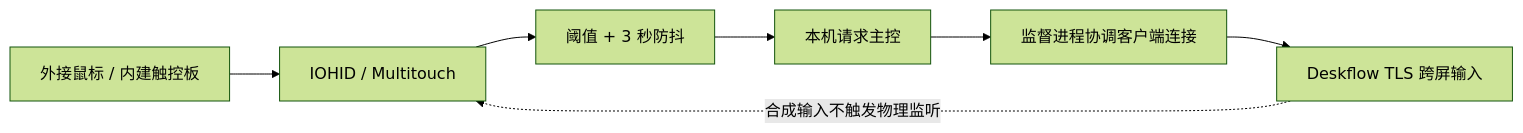
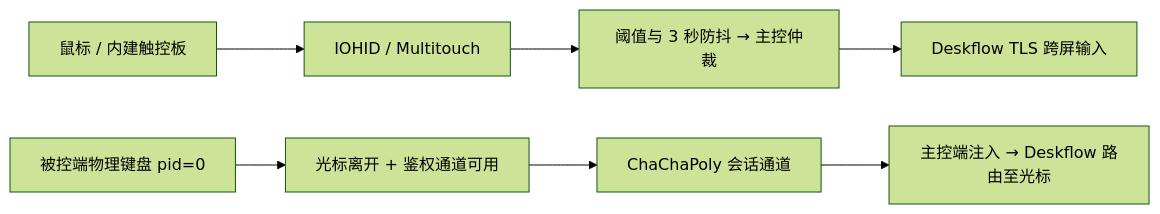
One commit to joymicro4/deskflow-duo changed the diagram in README.md. Above: the diagram before and after it, drawn with Mermaid (forest theme). The commit also changed other lines of this file and 41 other files, not shown here.

````diff
--- a/README.md
+++ b/README.md
@@ -16,9 +115,9 @@
 ```mermaid
 flowchart LR
-  A[外接鼠标 / 内建触控板] --> B[IOHID / Multitouch]
-  B --> C[阈值 + 3 秒防抖]
-  C --> D[本机请求主控]
-  D --> E[监督进程协调客户端连接]
-  E --> F[Deskflow TLS 跨屏输入]
-  F -. 合成输入不触发物理监听 .-> B
+  P[鼠标 / 内建触控板] --> H[IOHID / Multitouch]
+  H --> R[阈值与 3 秒防抖 → 主控仲裁]
+  R --> D[Deskflow TLS 跨屏输入]
+  K[被控端物理键盘 pid=0] --> G[光标离开 + 鉴权通道可用]
+  G --> C[ChaChaPoly 会话通道]
+  C --> I[主控端注入 → Deskflow 路由至光标]
 ```
````
